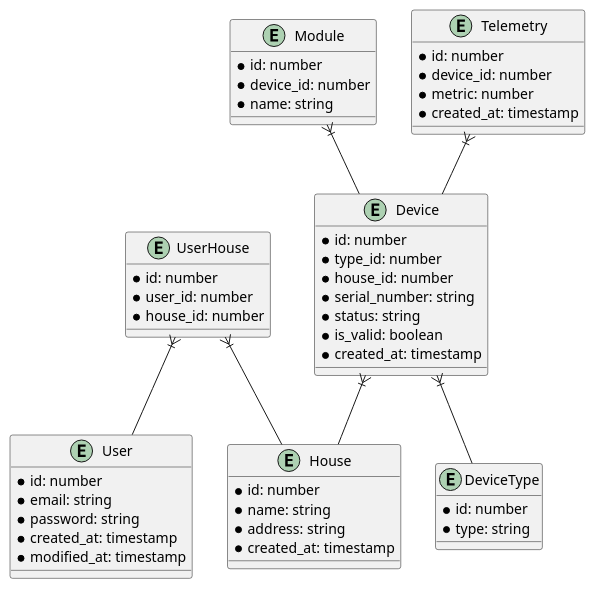
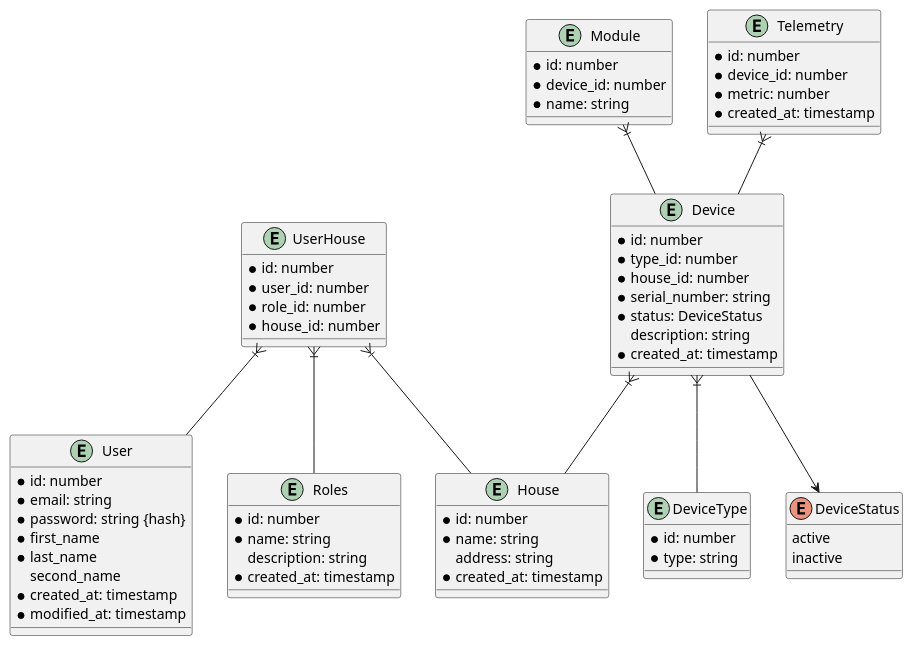
Before and after one commit to timurkartaev/architecture-sprint-3: the diagram in er_diagram.puml, drawn with PlantUML. The commit also changed 4 other files, not shown here.

```diff
--- a/er_diagram.puml
+++ b/er_diagram.puml
@@ -1,61 +1,81 @@
 @startuml
 'https://plantuml.com/sequence-diagram
 
 entity User {
     * id: number
     * email: string
-    * password: string
+    * password: string {hash}
+    * first_name
+    * last_name
+    second_name
     * created_at: timestamp
     * modified_at: timestamp
 }
 
 entity UserHouse {
     * id: number
     * user_id: number
+    * role_id: number
     * house_id: number
 }
+
+entity Roles {
+    * id: number
+    * name: string
+    description: string
+    * created_at: timestamp
+}
+
 
 entity Device {
     * id: number
     * type_id: number
     * house_id: number
     * serial_number: string
-    * status: string
-    * is_valid: boolean
+    * status: DeviceStatus
+    description: string
     * created_at: timestamp
 }
 
 entity DeviceType {
     * id: number
     * type: string
 }
 
 entity House {
     * id: number
     * name: string
-    * address: string
+    address: string
     * created_at: timestamp
 }
 
 entity Module {
     * id: number
     * device_id: number
     * name: string
 }
 
 entity Telemetry {
     * id: number
     * device_id: number
     * metric: number
     * created_at: timestamp
 }
 
+enum DeviceStatus {
+    active
+    inactive
+}
+
 UserHouse }|-- User
 UserHouse }|-- House
+UserHouse }|-- Roles
+
 
 Device }|-- House
 Device }|-- DeviceType
 Telemetry }|-- Device
 Module }|-- Device
+Device --> DeviceStatus
 
 @enduml
```
